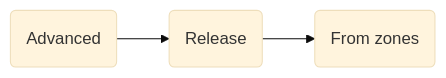
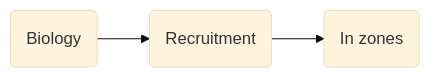
Before and after one commit to ichthyop/ichthyop-practical-session: the eighth of 8 diagrams in ichthyop-training.qmd, drawn with Mermaid (base theme). The commit also changed other lines of this file and 3 other files, not shown here.

````diff
--- a/ichthyop-training.qmd
+++ b/ichthyop-training.qmd
@@ -271,8 +315,8 @@
 ```{mermaid}
     graph LR;
-    id1(Advanced)
-    id2(Release)
-    id3(From zones)
+    id1(Biology)
+    id2(Recruitment)
+    id3(In zones)
     id1 --> id2
     id2 --> id3
 ```
````
